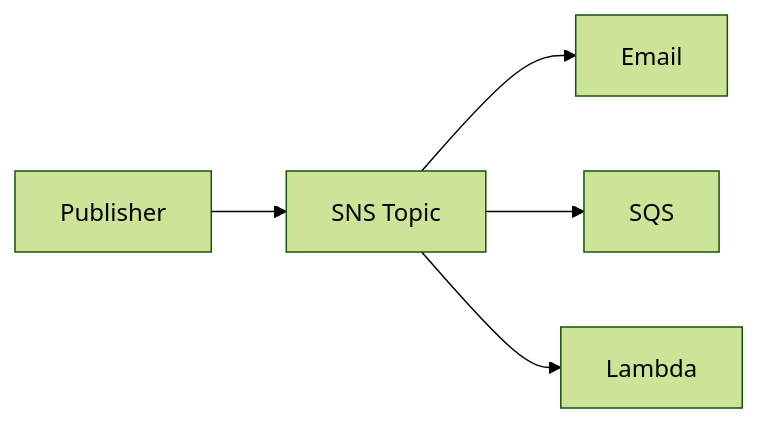
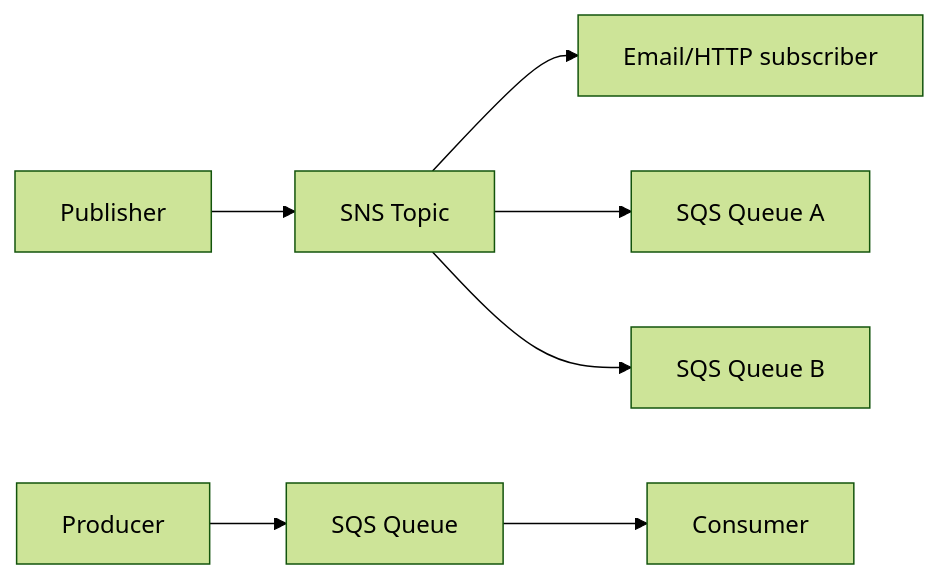
The second of 2 diagrams in content/posts/02.Security/aws/aws-ccp-4/index.md (noir1458/noir1458.github.io), drawn with Mermaid (forest theme) before and after one commit. The commit also changed other lines of this file and 4 other files, not shown here.

````diff
--- a/content/posts/02.Security/aws/aws-ccp-4/index.md
+++ b/content/posts/02.Security/aws/aws-ccp-4/index.md
@@ -309,7 +214,8 @@
 ```mermaid
 flowchart LR
     P[Publisher] --> SNS[SNS Topic]
-    SNS --> E[Email]
-    SNS --> S[SQS]
-    SNS --> L[Lambda]
+    SNS --> E[Email/HTTP subscriber]
+    SNS --> Q1[SQS Queue A]
+    SNS --> Q2[SQS Queue B]
+    PROD[Producer] --> SQS[SQS Queue] --> CONS[Consumer]
 ```
````
